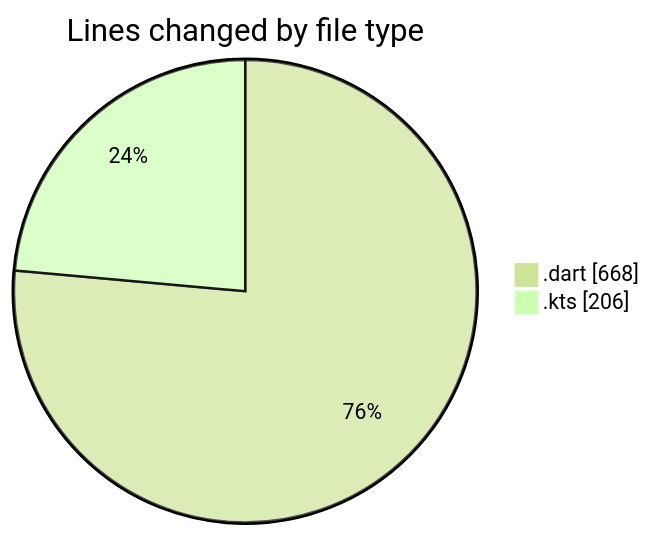
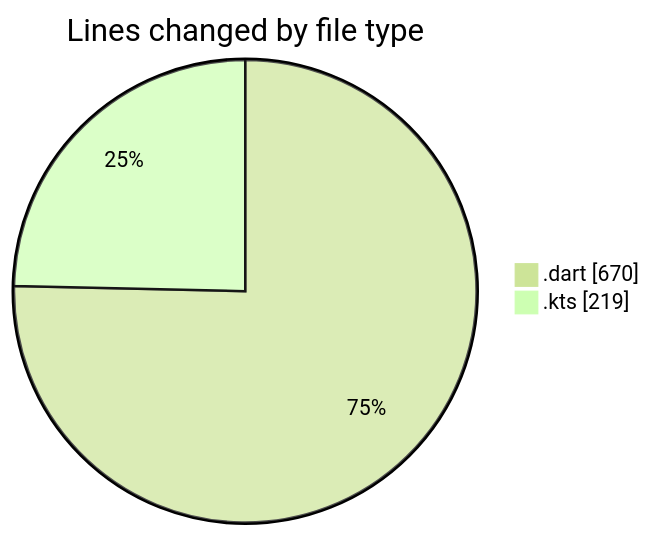
The first of 2 diagrams in 2025-02-24/drivers_app/README.md (donsfak/code-tracking), drawn with Mermaid (forest theme) before and after one commit. The commit also changed other lines of this file and 1 other file, not shown here.

````diff
--- a/2025-02-24/drivers_app/README.md
+++ b/2025-02-24/drivers_app/README.md
@@ -25,6 +25,6 @@
 ```mermaid
 pie showData
 title Lines changed by file type
-".dart" : 668
-".kts" : 206
+".dart" : 670
+".kts" : 219
 ```
````
